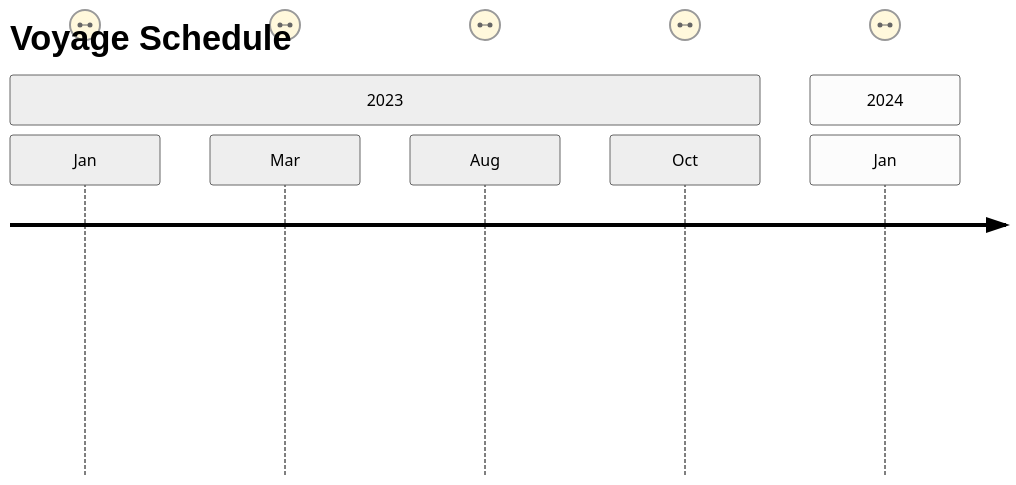
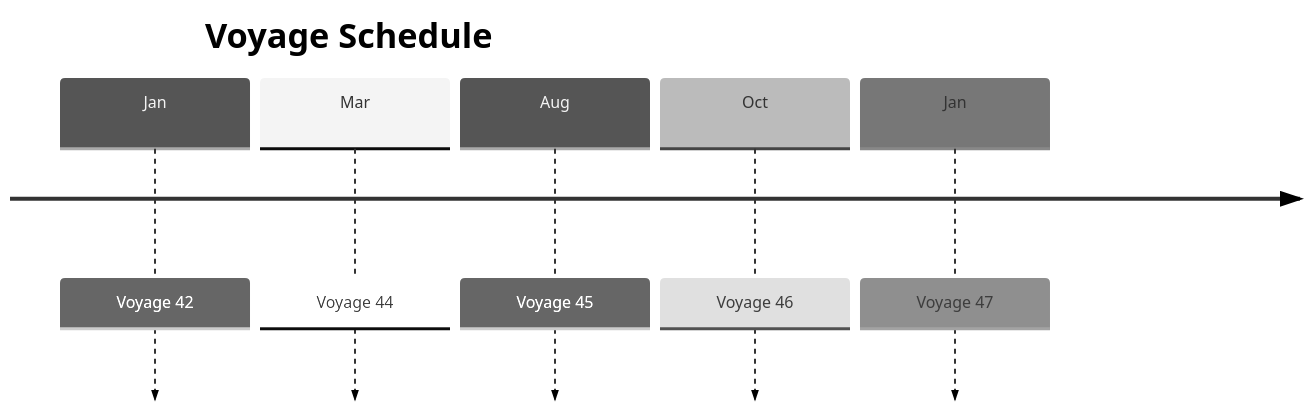
The first of 2 diagrams in docs/guides/voyage.md (chingu-voyages/Handbook), drawn with Mermaid (neutral theme) before and after one commit.

Commit message:
Feature: Update Voyage schedule [WIP]

````diff
--- a/docs/guides/voyage.md
+++ b/docs/guides/voyage.md
@@ -17,11 +17,9 @@
 ```mermaid
-journey
+timeline
     title Voyage Schedule
-    section 2023
       Jan: Voyage 42
       Mar: Voyage 44
       Aug: Voyage 45
       Oct: Voyage 46
-    section 2024
       Jan: Voyage 47
 ```
````
